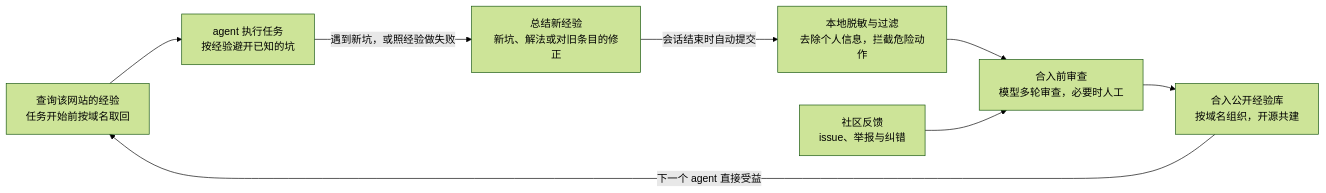
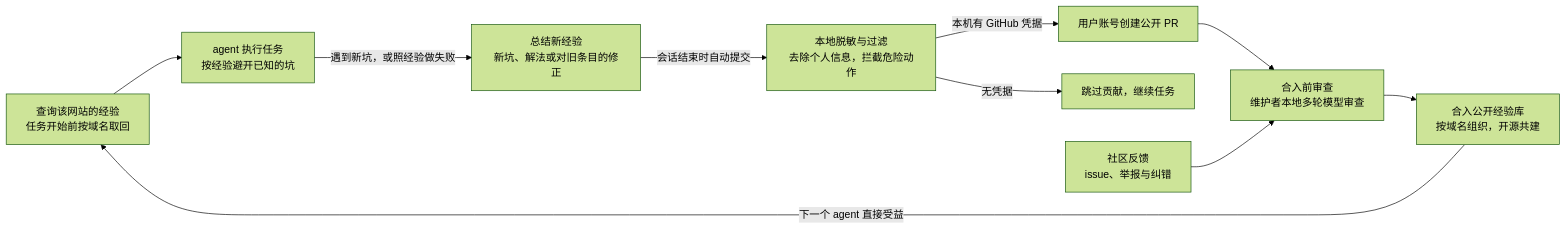
One commit to TigerkidYang/sitelore changed the diagram in docs/PRD.md. Above: the diagram before and after it, drawn with Mermaid (forest theme). The commit also changed other lines of this file and 28 other files, not shown here.

Commit message:
Remove hosted intake and use local GitHub contributions

````diff
--- a/docs/PRD.md
+++ b/docs/PRD.md
@@ -73,10 +78,12 @@
 ```mermaid
 flowchart LR
     Q["查询该网站的经验<br/>任务开始前按域名取回"] --> R["agent 执行任务<br/>按经验避开已知的坑"]
     R -- 遇到新坑，或照经验做失败 --> S["总结新经验<br/>新坑、解法或对旧条目的修正"]
     S -- 会话结束时自动提交 --> F["本地脱敏与过滤<br/>去除个人信息，拦截危险动作"]
-    F --> V["合入前审查<br/>模型多轮审查，必要时人工"]
+    F -- 本机有 GitHub 凭据 --> P["用户账号创建公开 PR"]
+    F -- 无凭据 --> K["跳过贡献，继续任务"]
+    P --> V["合入前审查<br/>维护者本地多轮模型审查"]
     V --> M["合入公开经验库<br/>按域名组织，开源共建"]
     M -- 下一个 agent 直接受益 --> Q
     C["社区反馈<br/>issue、举报与纠错"] --> V
 ```
````
